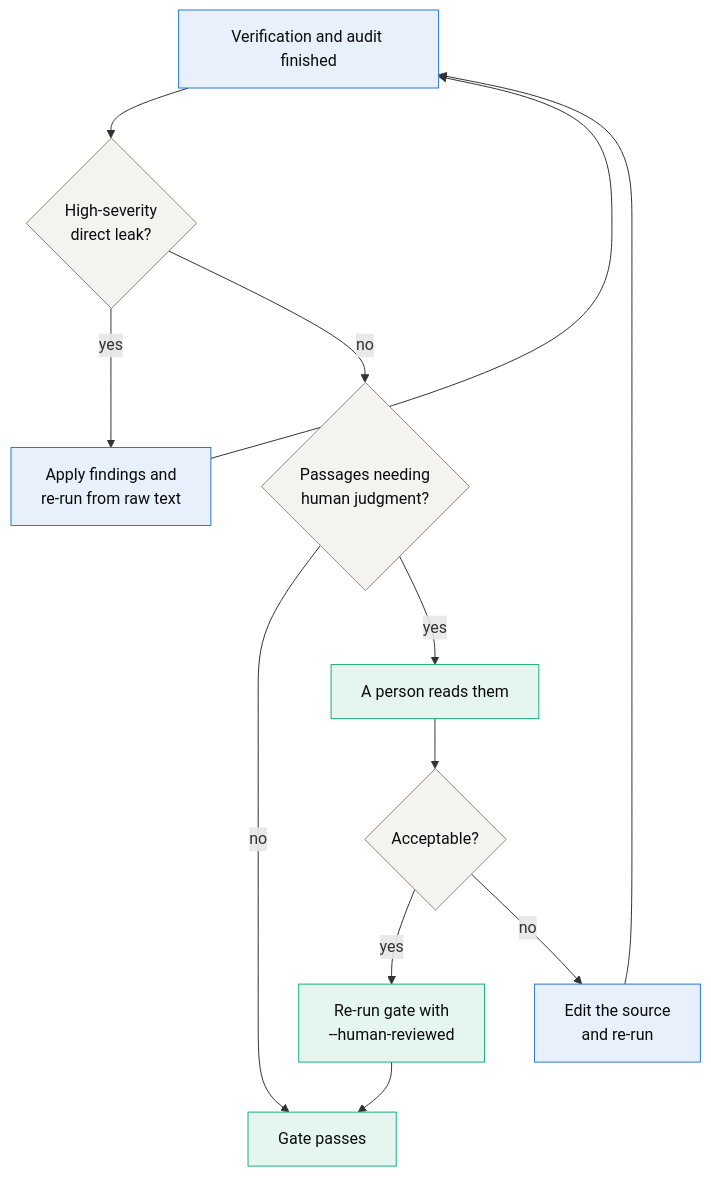
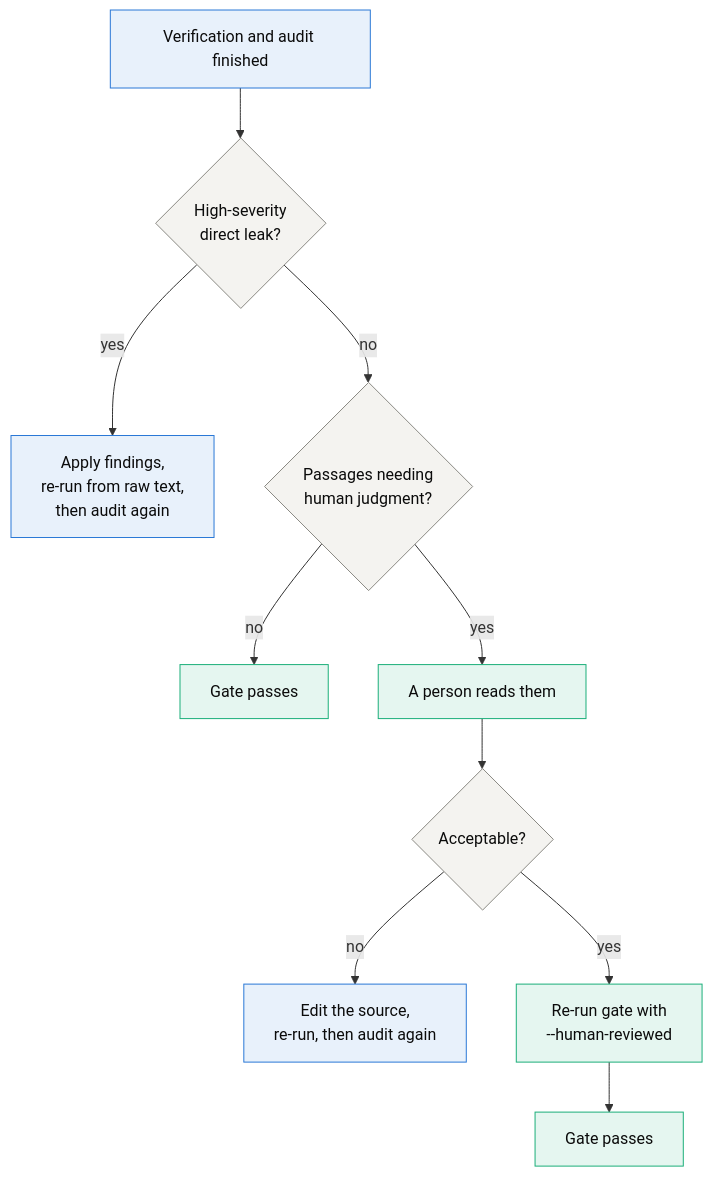
Before and after one commit to jon-chun/hrf_2026_hack-and-tell_anonymizer: the diagram in docs/figures/gate-decisions.mmd, drawn with Mermaid. The commit also changed 30 other files, not shown here.

```diff
--- a/docs/figures/gate-decisions.mmd
+++ b/docs/figures/gate-decisions.mmd
@@ -1,19 +1,17 @@
 graph TD
   A[Verification and audit finished] --> B{High-severity<br/>direct leak?}
-  B -->|yes| C[Apply findings and<br/>re-run from raw text]
-  C --> A
+  B -->|yes| C[Apply findings,<br/>re-run from raw text,<br/>then audit again]
   B -->|no| D{Passages needing<br/>human judgment?}
   D -->|no| G[Gate passes]
   D -->|yes| E[A person reads them]
   E --> F{Acceptable?}
+  F -->|no| I[Edit the source,<br/>re-run, then audit again]
   F -->|yes| H[Re-run gate with<br/>--human-reviewed]
-  H --> G
-  F -->|no| I[Edit the source<br/>and re-run]
-  I --> A
+  H --> G2[Gate passes]
   class A,C,I local
   class B,D,F neutral
-  class E,H,G human
+  class E,H,G,G2 human
   classDef local fill:#e8f1fb,stroke:#2a78d6,color:#0b0b0b
   classDef provider fill:#fdeee7,stroke:#eb6834,color:#0b0b0b
   classDef human fill:#e5f6f0,stroke:#1baf7a,color:#0b0b0b
   classDef neutral fill:#f4f3f0,stroke:#8a8983,color:#0b0b0b
```
